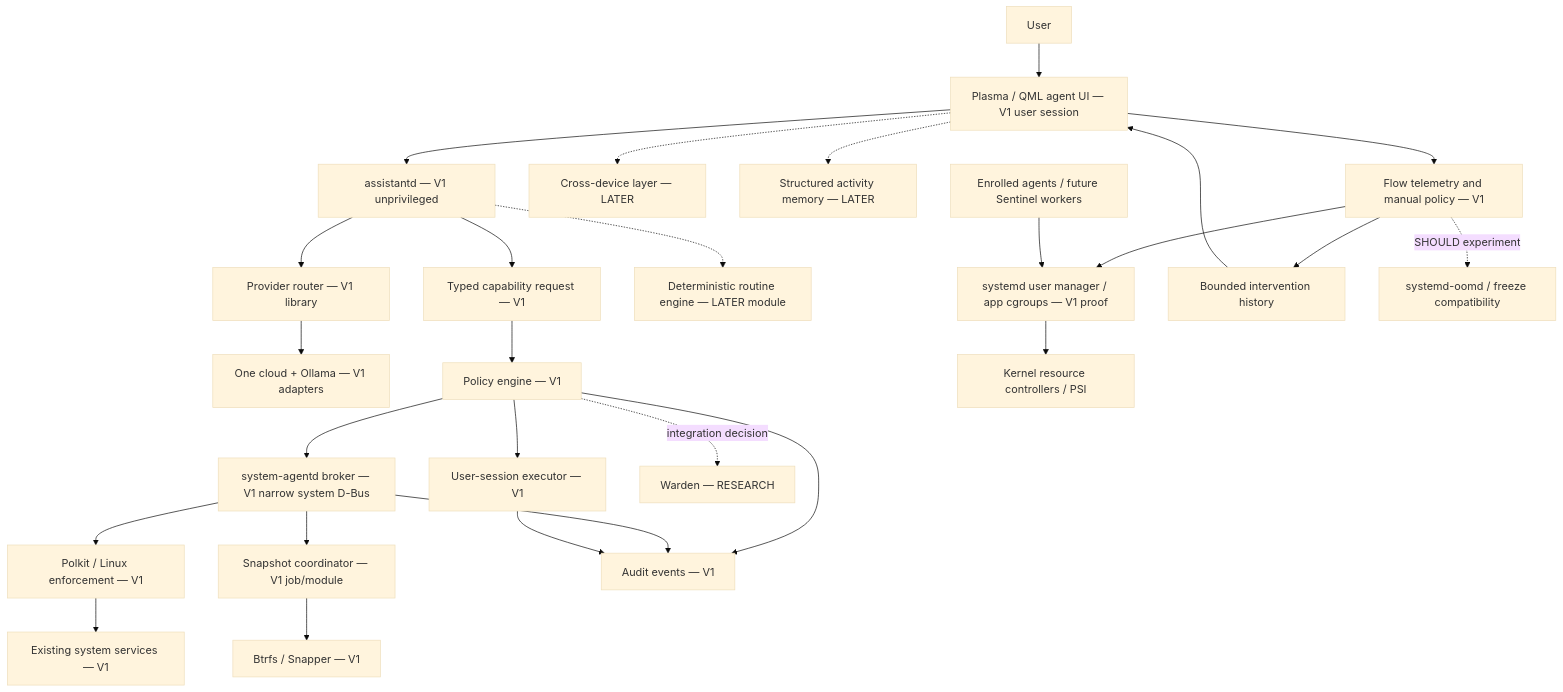
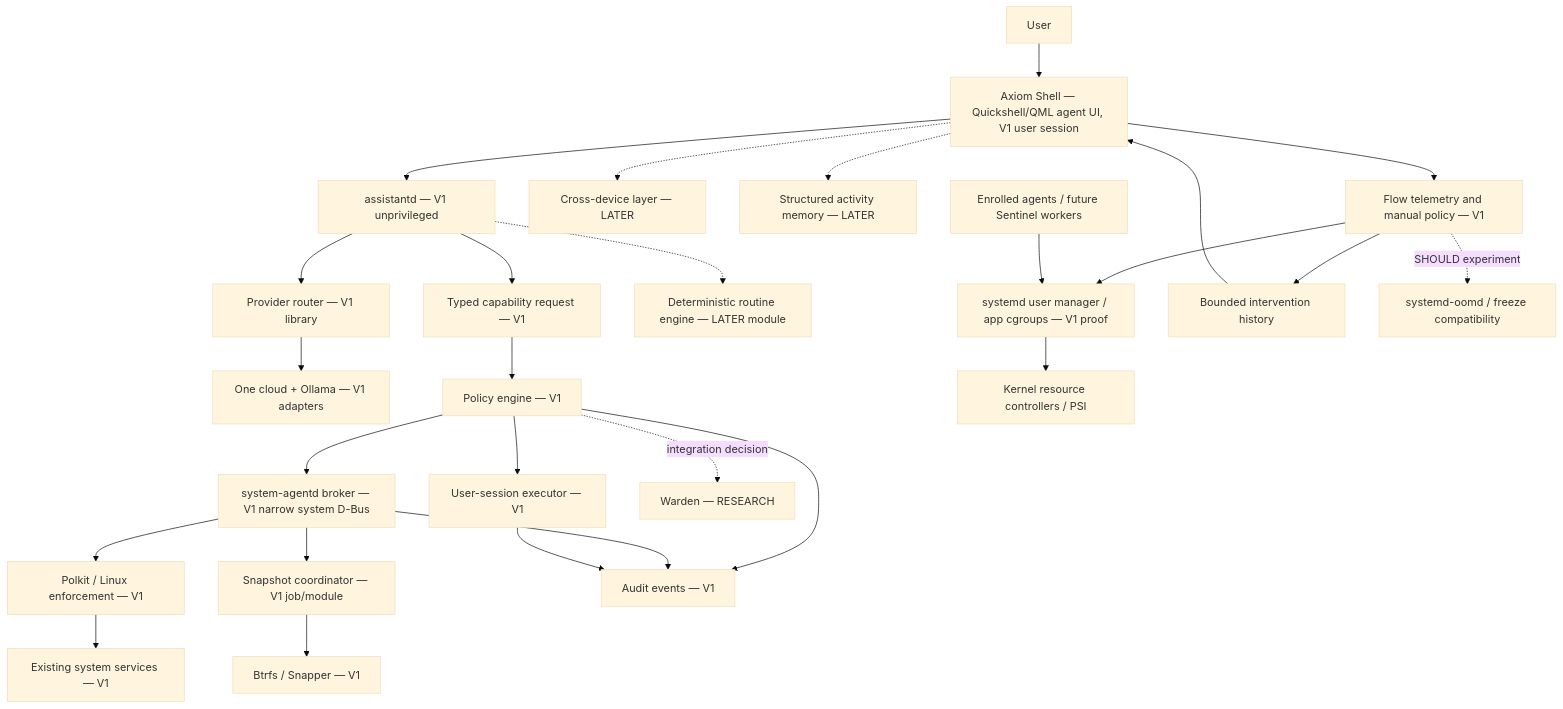
Before and after one commit to Prof-bilal/Axiom: the second of 2 diagrams in docs/ARCHITECTURE.md, drawn with Mermaid (base theme). The commit also changed other lines of this file and 58 other files, not shown here.

First line of the commit message:
Migrate architecture docs to Omarchy-derived foundation

````diff
--- a/docs/ARCHITECTURE.md
+++ b/docs/ARCHITECTURE.md
@@ -26,29 +39,29 @@
 ```mermaid
 flowchart TD
-  User[User] --> UI[Plasma / QML agent UI — V1 user session]
+  User[User] --> UI[Axiom Shell — Quickshell/QML agent UI, V1 user session]
   UI --> A[assistantd — V1 unprivileged]
   A --> R[Provider router — V1 library]
   R --> P[One cloud + Ollama — V1 adapters]
   A --> C[Typed capability request — V1]
   C --> E[Policy engine — V1]
   E --> U[User-session executor — V1]
   E --> B[system-agentd broker — V1 narrow system D-Bus]
   B --> K[Polkit / Linux enforcement — V1]
   K --> S[Existing system services — V1]
   E -. integration decision .-> W[Warden — RESEARCH]
   B --> T[Snapshot coordinator — V1 job/module]
   T --> BS[Btrfs / Snapper — V1]
   E --> AU[Audit events — V1]
   B --> AU
   U --> AU
   A -.-> RT[Deterministic routine engine — LATER module]
   UI -.-> CD[Cross-device layer — LATER]
   UI -.-> MM[Structured activity memory — LATER]
   UI --> FT[Flow telemetry and manual policy — V1]
   FT --> FM[systemd user manager / app cgroups — V1 proof]
   FM --> FK[Kernel resource controllers / PSI]
   FW[Enrolled agents / future Sentinel workers] --> FM
   FT --> FH[Bounded intervention history]
   FH --> UI
   FT -. SHOULD experiment .-> FO[systemd-oomd / freeze compatibility]
 ```
````
